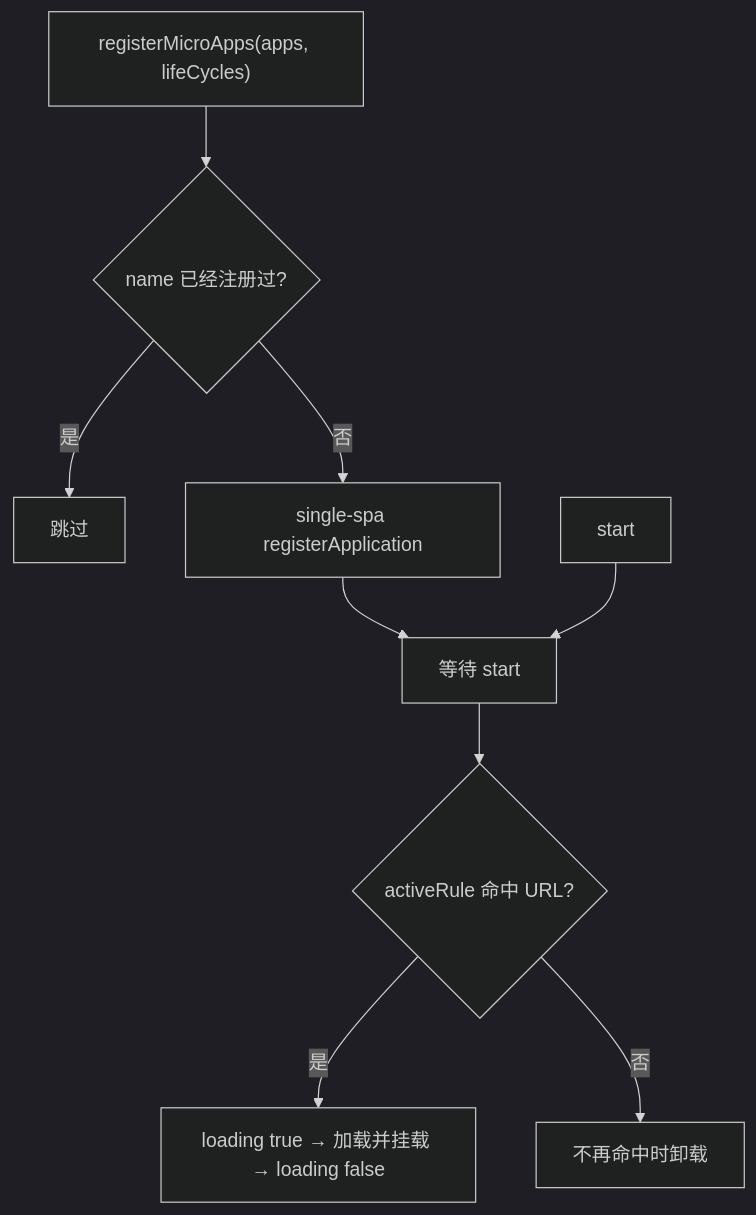
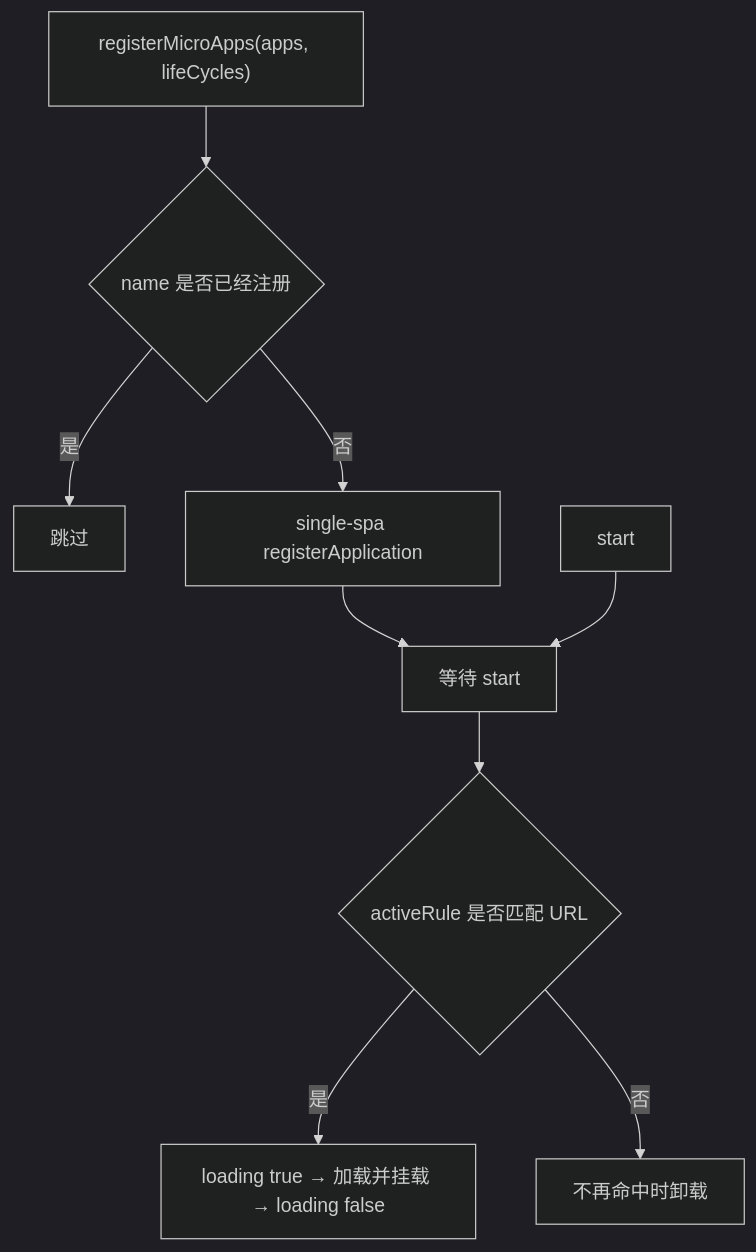
One commit to umijs/qiankun changed the diagram in docs/zh-CN/api/register-micro-apps.md. Above: the diagram before and after it, drawn with Mermaid (dark theme). The commit also changed other lines of this file and 66 other files, not shown here.

````diff
--- a/docs/zh-CN/api/register-micro-apps.md
+++ b/docs/zh-CN/api/register-micro-apps.md
@@ -108,11 +108,11 @@
 ```mermaid
 flowchart TD
-  A["registerMicroApps(apps, lifeCycles)"] --> B{"name 已经注册过?"}
+  A["registerMicroApps(apps, lifeCycles)"] --> B{"name 是否已经注册"}
   B -- 是 --> C["跳过"]
   B -- 否 --> D["single-spa registerApplication"]
   D --> E["等待 start"]
   F["start"] --> E
-  E --> G{"activeRule 命中 URL?"}
+  E --> G{"activeRule 是否匹配 URL"}
   G -- 是 --> H["loading true → 加载并挂载 → loading false"]
   G -- 否 --> I["不再命中时卸载"]
 ```
````
